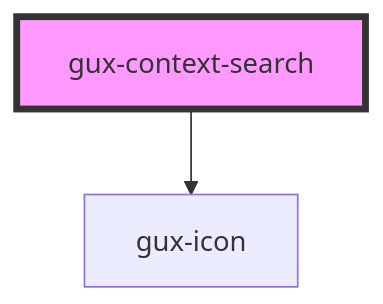
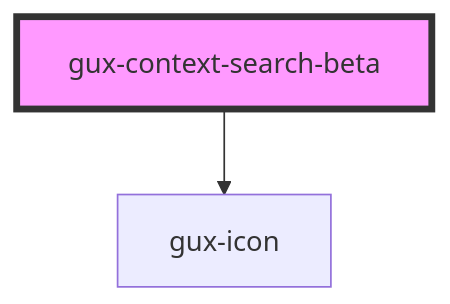
Before and after one commit to prmanojbabu/genesys-webcomponents: the diagram in src/components/beta/gux-context-search/readme.md, drawn with Mermaid. The commit also changed other lines of this file and 9 other files, not shown here.

First line of the commit message:
feat: gux-context-search-beta

````diff
--- a/src/components/beta/gux-context-search/readme.md
+++ b/src/components/beta/gux-context-search/readme.md
@@ -73,5 +73,5 @@
 ```mermaid
 graph TD;
-  gux-context-search --> gux-icon
-  style gux-context-search fill:#f9f,stroke:#333,stroke-width:4px
+  gux-context-search-beta --> gux-icon
+  style gux-context-search-beta fill:#f9f,stroke:#333,stroke-width:4px
 ```
````
